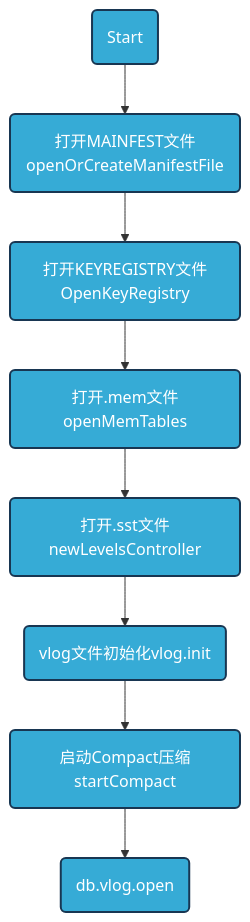
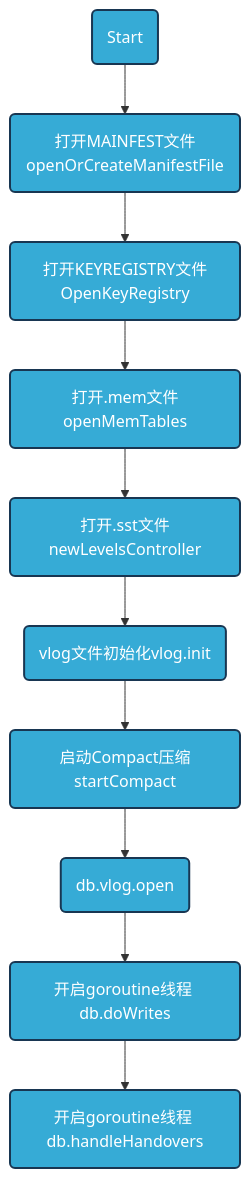
The diagram in docs/MD-NOTES/LSM存储引擎剖析/bader源码分析.md (2pc/docsify-md-notes), drawn with Mermaid before and after one commit.

````diff
--- a/docs/MD-NOTES/LSM存储引擎剖析/bader源码分析.md
+++ b/docs/MD-NOTES/LSM存储引擎剖析/bader源码分析.md
@@ -7,19 +7,20 @@
 ```mermaid
  flowchart 
     id1(Start)-->id2(打开MAINFEST文件openOrCreateManifestFile )
     -->id3(打开KEYREGISTRY文件OpenKeyRegistry)
     -->id4(打开.mem文件openMemTables)
     -->id5(打开.sst文件newLevelsController)
     -->id6(vlog文件初始化vlog.init)
     -->id9(启动Compact压缩startCompact)-->id10(db.vlog.open)
-
+    -->id11(开启goroutine线程 db.doWrites)
+    -->id12(开启goroutine线程 db.handleHandovers)
 
     classDef class1  fill:#50bf9f,stroke:#183652,stroke-width:4px,color:#fff;
     classDef class2  fill:#f9f,stroke:#333,stroke-width:3px,color:#fff
     classDef class3  fill:#bbf,stroke:#f66,stroke-width:2px,color:#fff,stroke-dasharray: 5 5
     classDef class4  fill:#36ABD6,stroke:#183652,stroke-width:2px,color:#fff;
 
     
-    class id1,id2,id3,id4,id5,id6,id7,id8,id9,id10 class4;
+    class id1,id2,id3,id4,id5,id6,id7,id8,id9,id10,id11,id12 class4;
 
 ```
````
